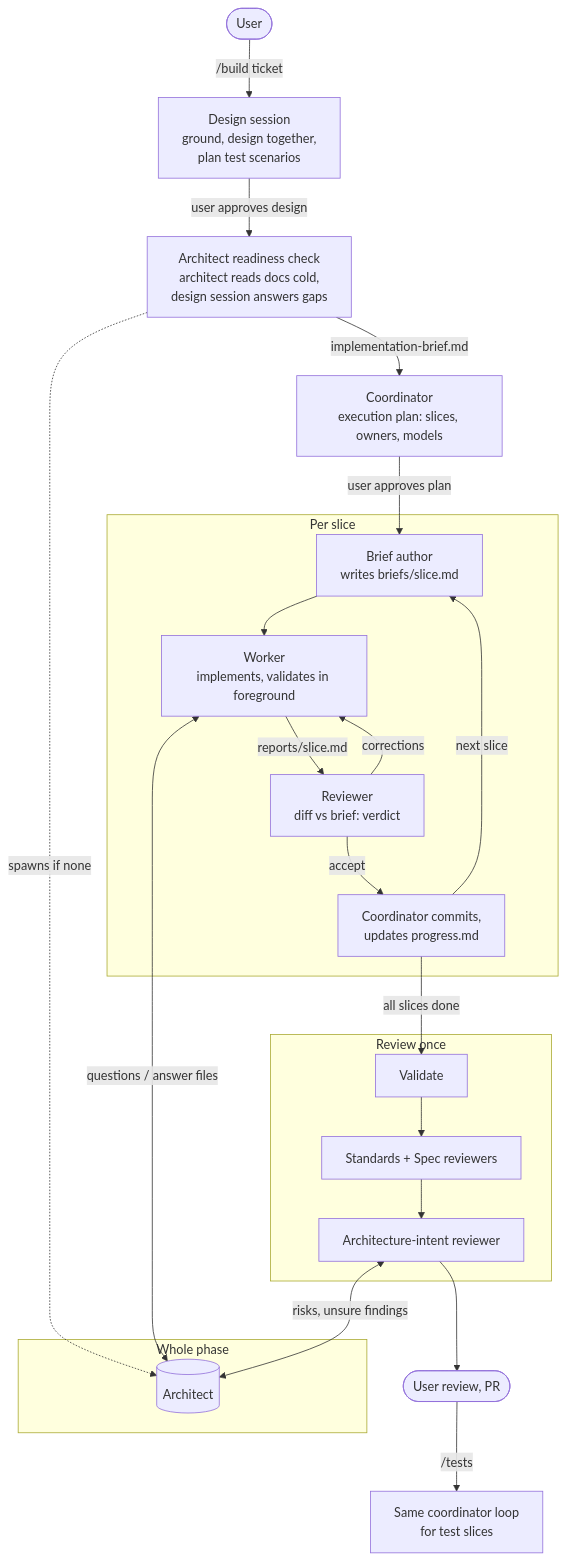
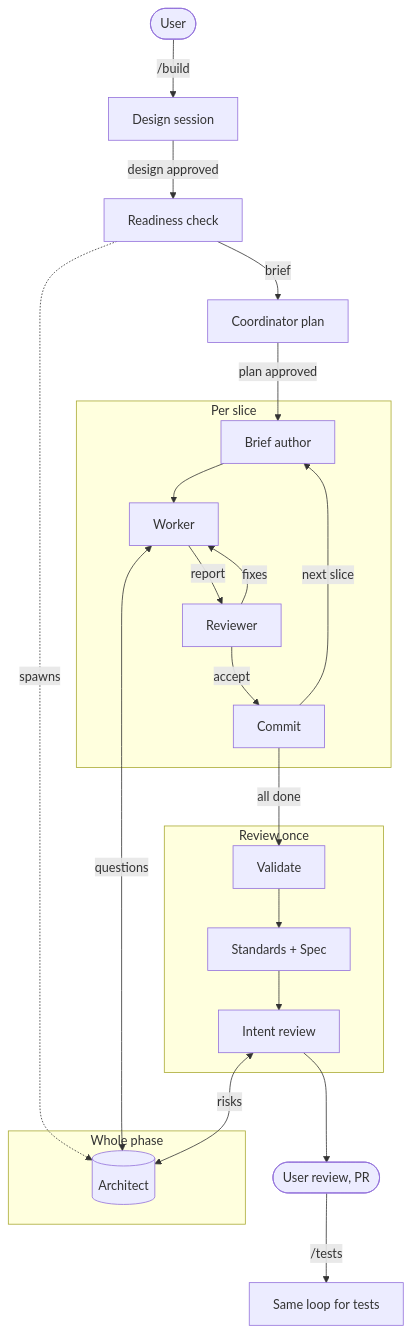
One commit to St0necrusher/skills changed the diagram in README.md. Above: the diagram before and after it, drawn with Mermaid. The commit also changed other lines of this file, not shown here.

Commit message:
Shorten diagram labels so GitHub renders them whole

````diff
--- a/README.md
+++ b/README.md
@@ -7,31 +7,32 @@
 ```mermaid
 flowchart TD
-    U([User]) -->|/build ticket| D[Design session<br/>ground, design together,<br/>plan test scenarios]
-    D -->|user approves design| RC[Architect readiness check<br/>architect reads docs cold,<br/>design session answers gaps]
-    RC -->|implementation-brief.md| C[Coordinator<br/>execution plan: slices, owners, models]
-    C -->|user approves plan| BA
+    U([User]) -->|/build| D[Design session]
+    D -->|design approved| RC[Readiness check]
+    RC -->|brief| C[Coordinator plan]
+    C -->|plan approved| BA
+
     subgraph Phase["Whole phase"]
         AR[(Architect)]
     end
-    RC -.->|spawns if none| AR
+    RC -.->|spawns| AR
 
     subgraph Slice["Per slice"]
-        BA[Brief author<br/>writes briefs/slice.md] --> W[Worker<br/>implements, validates in foreground]
-        W <-->|questions / answer files| AR
-        W -->|reports/slice.md| RV[Reviewer<br/>diff vs brief: verdict]
-        RV -->|corrections| W
-        RV -->|accept| CM[Coordinator commits,<br/>updates progress.md]
+        BA[Brief author] --> W[Worker]
+        W <-->|questions| AR
+        W -->|report| RV[Reviewer]
+        RV -->|fixes| W
+        RV -->|accept| CM[Commit]
     end
 
     CM -->|next slice| BA
-    CM -->|all slices done| FR
+    CM -->|all done| FR
 
     subgraph Final["Review once"]
-        FR[Validate] --> AX[Standards + Spec reviewers]
-        AX --> AI[Architecture-intent reviewer]
-        AI <-->|risks, unsure findings| AR
+        FR[Validate] --> AX[Standards + Spec]
+        AX --> AI[Intent review]
+        AI <-->|risks| AR
     end
 
     AI --> HR([User review, PR])
-    HR -->|/tests| T[Same coordinator loop<br/>for test slices]
+    HR -->|/tests| T[Same loop for tests]
 ```
````
